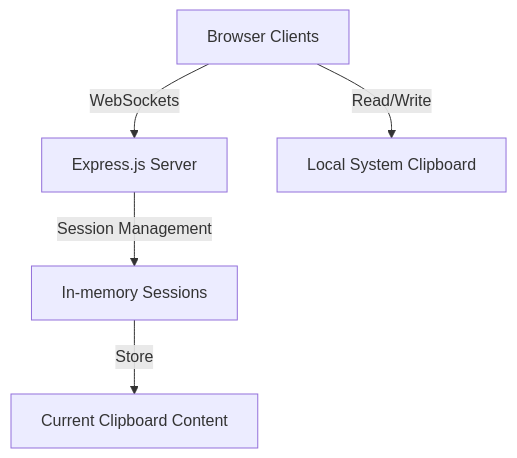
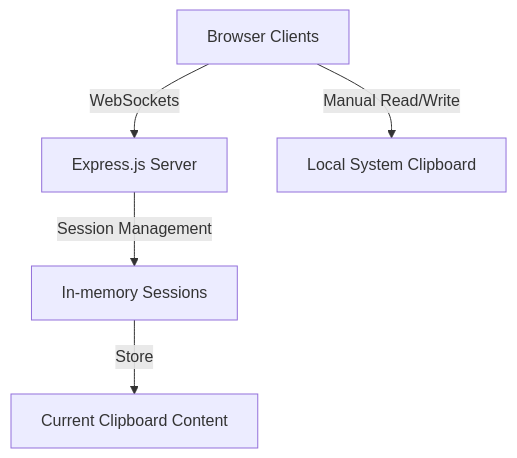
One commit to jsbattig/clipshare changed the diagram in memory-bank/systemPatterns.md. Above: the diagram before and after it, drawn with Mermaid. The commit also changed other lines of this file and 2 other files, not shown here.

First line of the commit message:
Update memory-bank docs for manual clipboard operations

````diff
--- a/memory-bank/systemPatterns.md
+++ b/memory-bank/systemPatterns.md
@@ -7,7 +7,7 @@
 ```mermaid
 graph TD
     A[Browser Clients] -->|WebSockets| B[Express.js Server]
     B -->|Session Management| C[In-memory Sessions]
     C -->|Store| D[Current Clipboard Content]
-    A -->|Read/Write| E[Local System Clipboard]
+    A -->|Manual Read/Write| E[Local System Clipboard]
 ```
````
